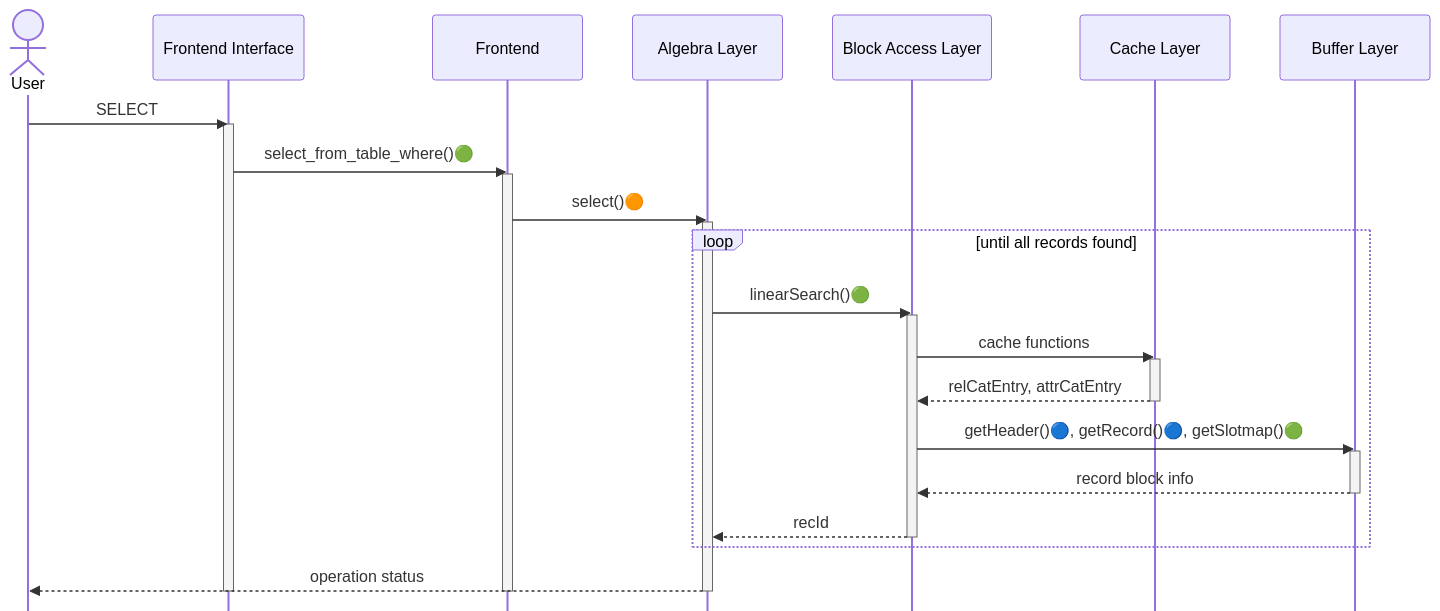
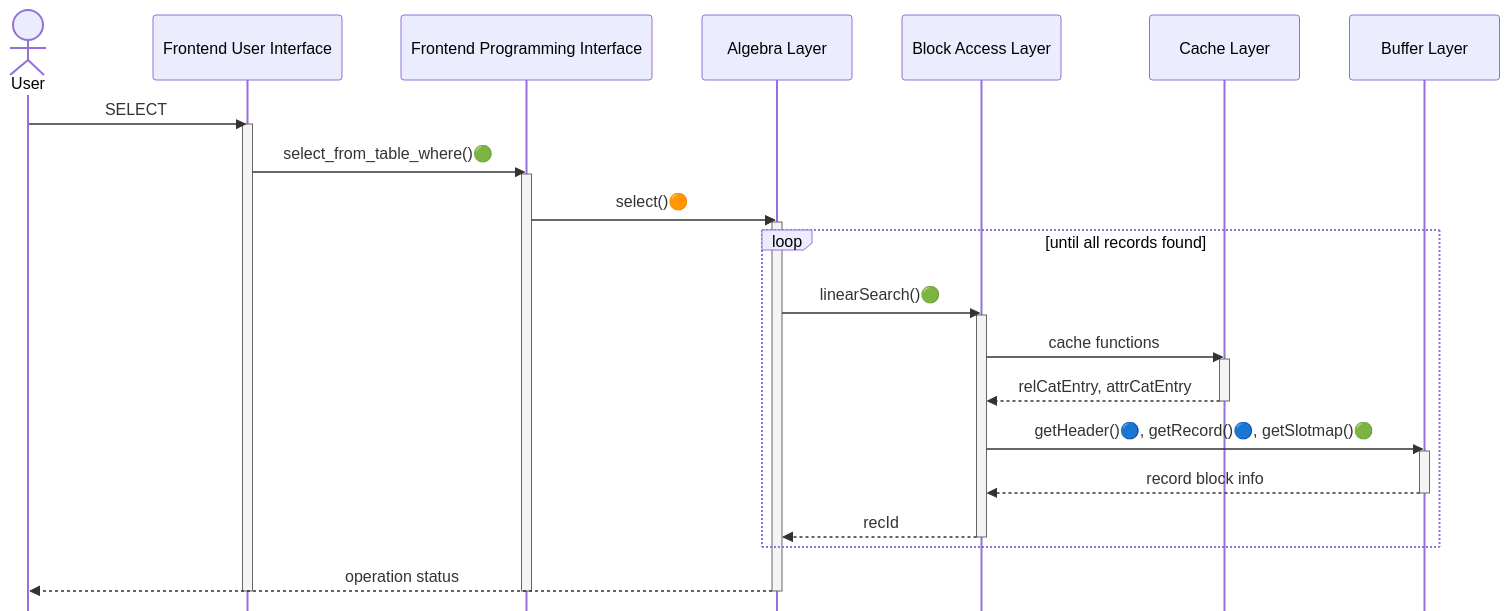
One commit to NITCbase/nitcbase.github.io changed the first of 2 diagrams in docs/Roadmap/Stage04.md. Above: the diagram before and after it, drawn with Mermaid. The commit also changed other lines of this file and 1 other file, not shown here.

````diff
--- a/docs/Roadmap/Stage04.md
+++ b/docs/Roadmap/Stage04.md
@@ -37,36 +37,36 @@
 ```mermaid
  %%{init: { 'sequence': {'mirrorActors':false} } }%%
 sequenceDiagram
     actor User
-    participant Frontend Interface
-    participant Frontend
+    participant Frontend User Interface
+    participant Frontend Programming Interface
     participant Algebra Layer
     participant Block Access Layer
     participant Cache Layer
     participant Buffer Layer
-    User->>Frontend Interface: SELECT
-    activate Frontend Interface
-    Frontend Interface->>Frontend:select_from_table_where()🟢
-    activate Frontend
-    Frontend->>Algebra Layer:select()🟠
+    User->>Frontend User Interface: SELECT
+    activate Frontend User Interface
+    Frontend User Interface->>Frontend Programming Interface:select_from_table_where()🟢
+    activate Frontend Programming Interface
+    Frontend Programming Interface->>Algebra Layer:select()🟠
     activate Algebra Layer
     loop until all records found
       Algebra Layer->>Block Access Layer:linearSearch()🟢
       activate Block Access Layer
       Block Access Layer->>Cache Layer:cache functions
       activate Cache Layer
       Cache Layer-->>Block Access Layer:relCatEntry, attrCatEntry
       deactivate Cache Layer
       Block Access Layer->>Buffer Layer:getHeader()🔵, getRecord()🔵, getSlotmap()🟢
       activate Buffer Layer
       Buffer Layer-->>Block Access Layer: record block info
       deactivate Buffer Layer
       Block Access Layer-->>Algebra Layer:recId
       deactivate Block Access Layer
     end
     Algebra Layer-->>User:operation status
     deactivate Algebra Layer
-    deactivate Frontend
-    deactivate Frontend Interface
+    deactivate Frontend Programming Interface
+    deactivate Frontend User Interface
 
 ```
````
